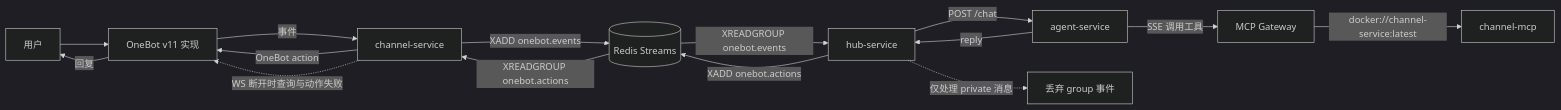
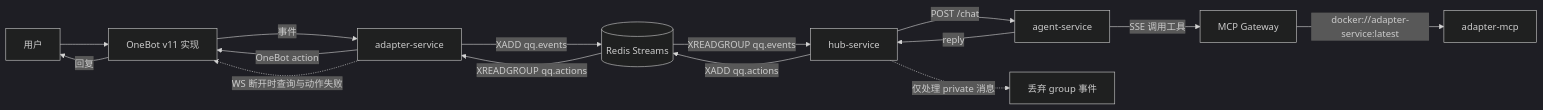
One commit to tamakara/AIChan changed the diagram in docs/aichan.md. Above: the diagram before and after it, drawn with Mermaid (dark theme). The commit also changed other lines of this file and 73 other files, not shown here.

````diff
--- a/docs/aichan.md
+++ b/docs/aichan.md
@@ -44,18 +44,18 @@
 ```mermaid
 flowchart LR
     U[用户] --> O[OneBot v11 实现]
-    O -->|事件| C[channel-service]
-    C -->|XADD onebot.events| R[(Redis Streams)]
-    R -->|XREADGROUP onebot.events| H[hub-service]
+    O -->|事件| C[adapter-service]
+    C -->|XADD qq.events| R[(Redis Streams)]
+    R -->|XREADGROUP qq.events| H[hub-service]
     H -->|POST /chat| A[agent-service]
     A -->|SSE 调用工具| M[MCP Gateway]
-    M -->|docker://channel-service:latest| T[channel-mcp]
+    M -->|docker://adapter-service:latest| T[adapter-mcp]
     A -->|reply| H
-    H -->|XADD onebot.actions| R
-    R -->|XREADGROUP onebot.actions| C
+    H -->|XADD qq.actions| R
+    R -->|XREADGROUP qq.actions| C
     C -->|OneBot action| O
     O -->|回复| U
 
     C -.->|WS 断开时查询与动作失败| O
     H -.->|仅处理 private 消息| X[丢弃 group 事件]
 ```
````
